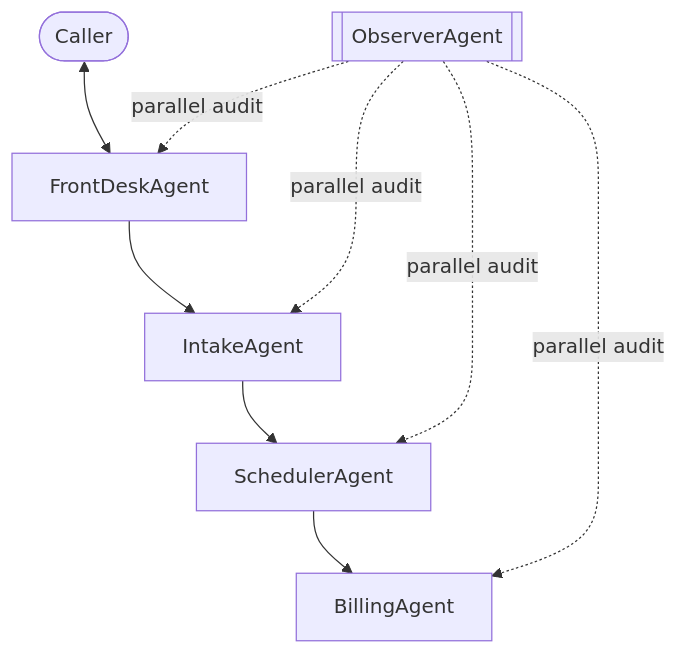
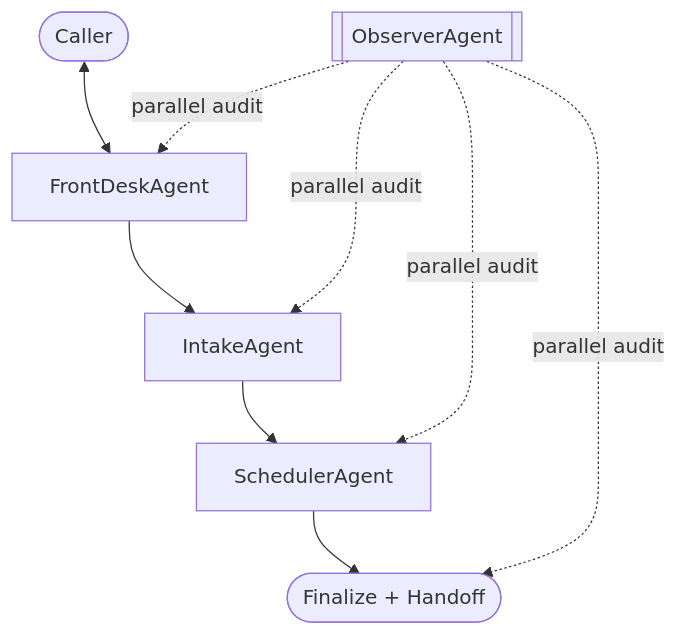
The diagram in README.md (AnsImran/voice_agent), drawn with Mermaid before and after one commit. The commit also changed other lines of this file and 6 other files, not shown here.

Commit message:
billing agent removed

````diff
--- a/README.md
+++ b/README.md
@@ -20,12 +19,12 @@
 ```mermaid
 graph TD
     User([Caller]) <--> FD[FrontDeskAgent]
     FD --> IN[IntakeAgent]
     IN --> SC[SchedulerAgent]
-    SC --> BL[BillingAgent]
+    SC --> END([Finalize + Handoff])
 
     OB[[ObserverAgent]] -. parallel audit .-> FD
     OB -. parallel audit .-> IN
     OB -. parallel audit .-> SC
-    OB -. parallel audit .-> BL
+    OB -. parallel audit .-> END
 ```
````
